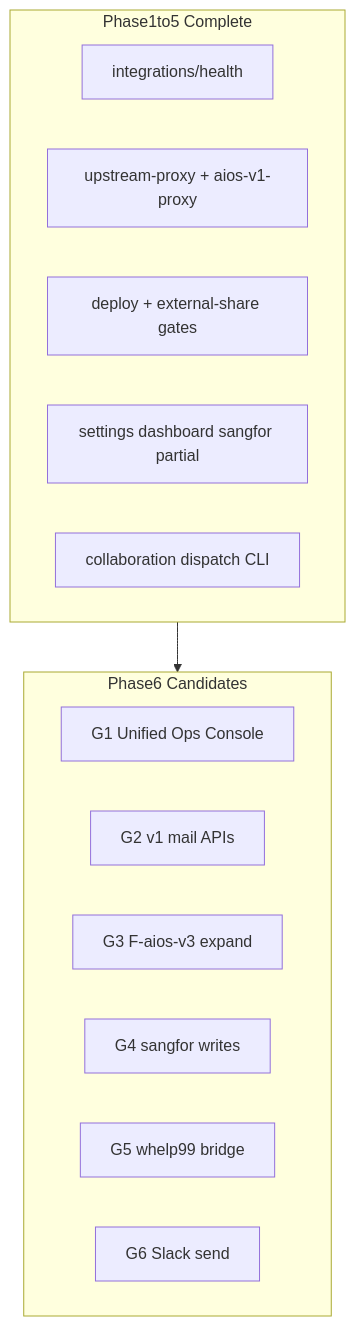
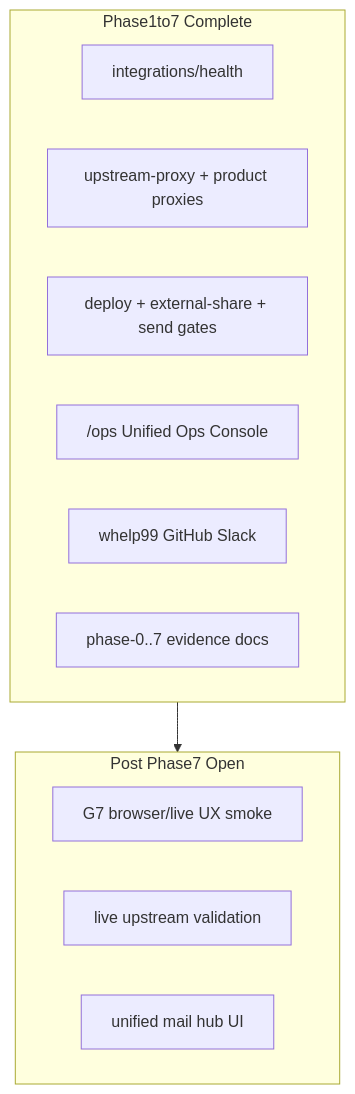
Before and after one commit to whelp99-code/AIOSv2_integration: the diagram in docs/reports/product-integration-blueprint-status.md, drawn with Mermaid. The commit also changed other lines of this file, not shown here.

First line of the commit message:
docs: align blueprint status body with Phase 7 verification

````diff
--- a/docs/reports/product-integration-blueprint-status.md
+++ b/docs/reports/product-integration-blueprint-status.md
@@ -411,19 +423,17 @@
 ```mermaid
 flowchart TB
-  subgraph phase1to5 [Phase1to5 Complete]
+  subgraph phase1to7 [Phase1to7 Complete]
     Health["integrations/health"]
-    ProxyCore["upstream-proxy + aios-v1-proxy"]
-    Gates["deploy + external-share gates"]
-    LiveUI["settings dashboard sangfor partial"]
-    CollabCLI["collaboration dispatch CLI"]
+    ProxyCore["upstream-proxy + product proxies"]
+    Gates["deploy + external-share + send gates"]
+    OpsUI["/ops Unified Ops Console"]
+    Connectors["whelp99 GitHub Slack"]
+    Evidence["phase-0..7 evidence docs"]
   end
-  subgraph phase6 [Phase6 Candidates]
-    Ops["G1 Unified Ops Console"]
-    Mail["G2 v1 mail APIs"]
-    F3["G3 F-aios-v3 expand"]
-    SF["G4 sangfor writes"]
-    WH["G5 whelp99 bridge"]
-    SL["G6 Slack send"]
+  subgraph post7 [Post Phase7 Open]
+    LiveUX["G7 browser/live UX smoke"]
+    LiveUpstream["live upstream validation"]
+    MailHub["unified mail hub UI"]
   end
-  phase1to5 --> phase6
+  phase1to7 --> post7
 ```
````
